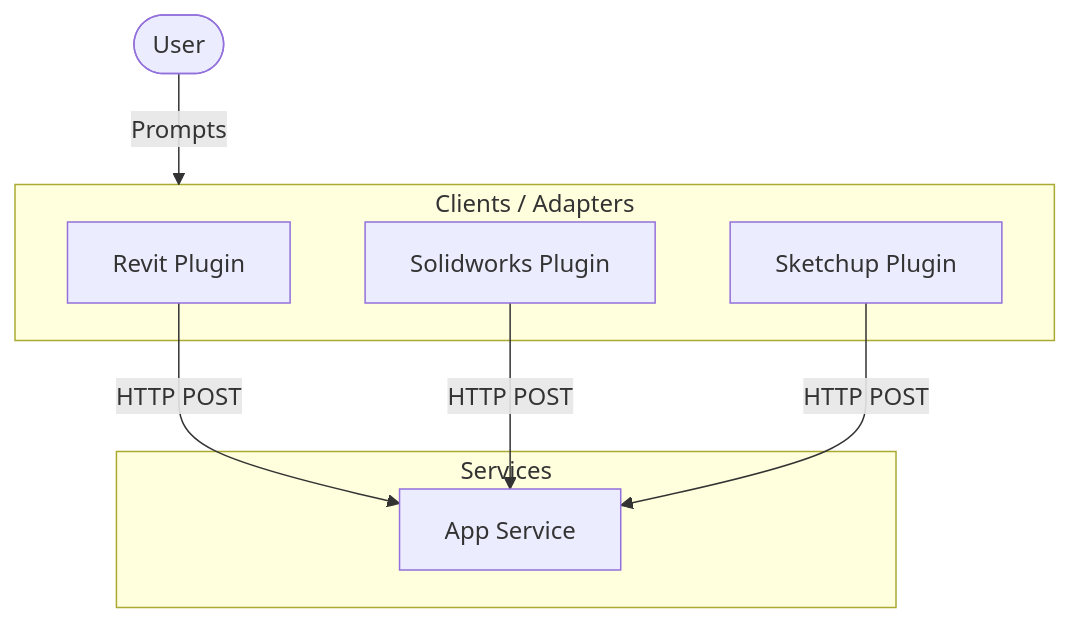
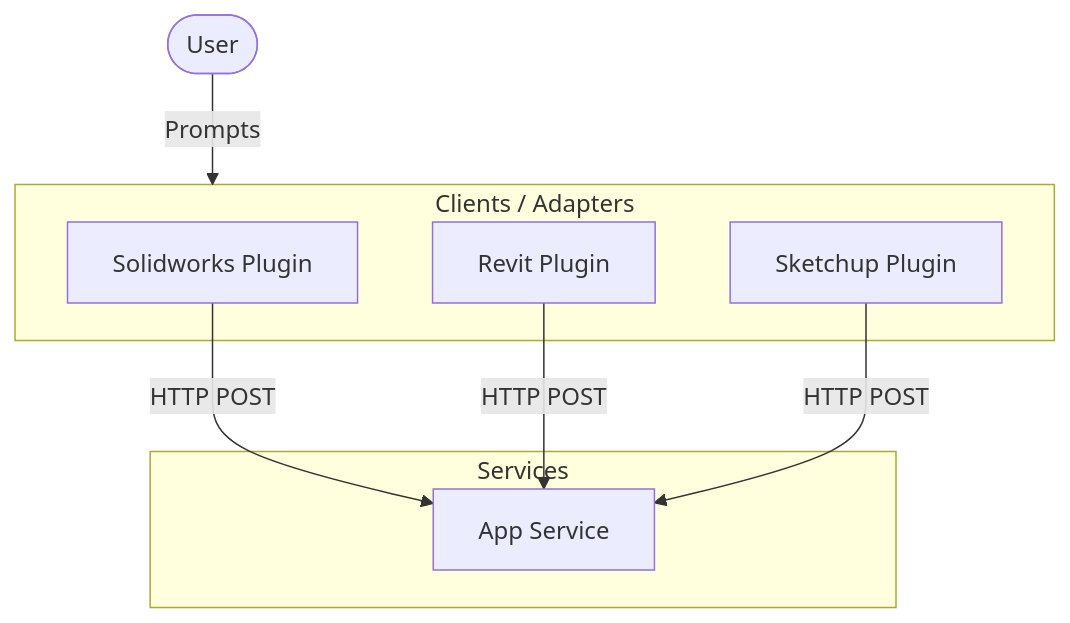
The diagram in docs/diagrams/architecture.md (NITISH-R-G/TextBridge3D), drawn with Mermaid before and after one commit. The commit also changed other lines of this file and 3 other files, not shown here.

Commit message:
docs: Auto-generate architecture diagrams and README

````diff
--- a/docs/diagrams/architecture.md
+++ b/docs/diagrams/architecture.md
@@ -1,19 +1,19 @@
 ```mermaid
 graph TD
     User([User])
 
     subgraph Clients["Clients / Adapters"]
+        solidworks["Solidworks Plugin"]
         revit["Revit Plugin"]
-        solidworks["Solidworks Plugin"]
         sketchup["Sketchup Plugin"]
     end
 
     subgraph Services["Services"]
         app["App Service"]
     end
 
     User -->|Prompts| Clients
+    solidworks -->|HTTP POST| app
     revit -->|HTTP POST| app
-    solidworks -->|HTTP POST| app
     sketchup -->|HTTP POST| app
 ```
````
